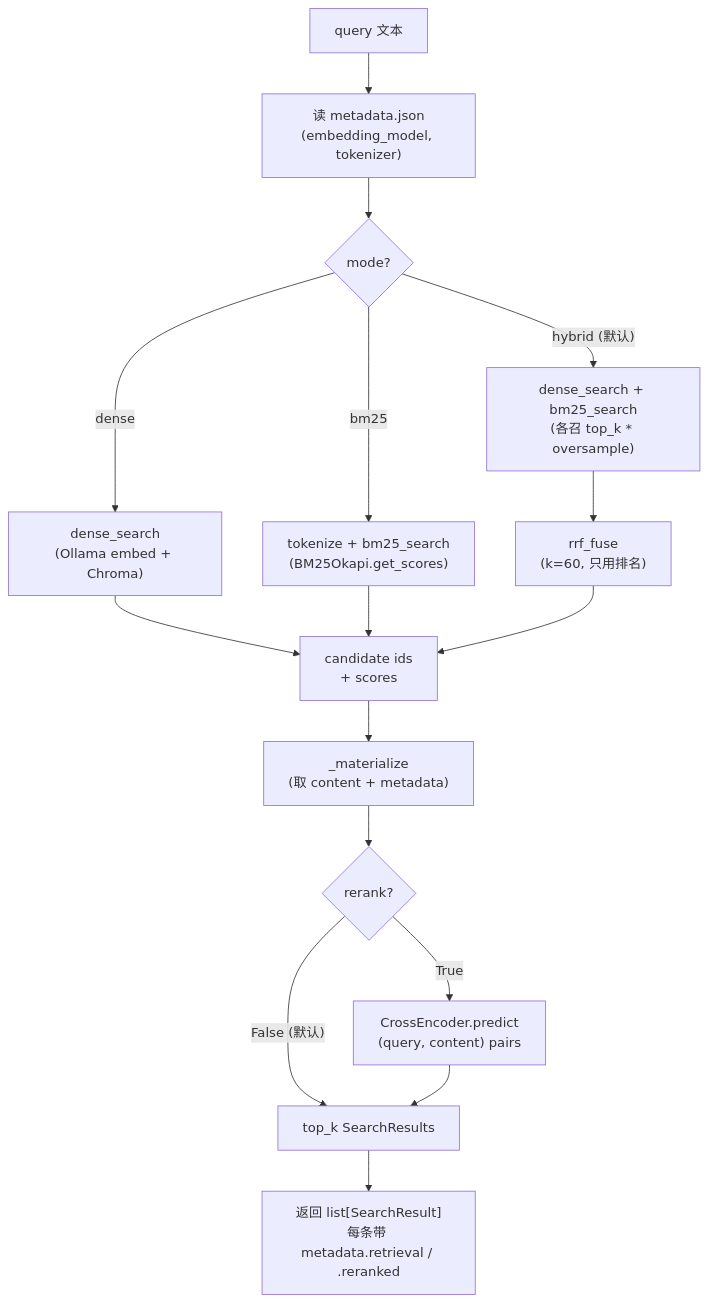
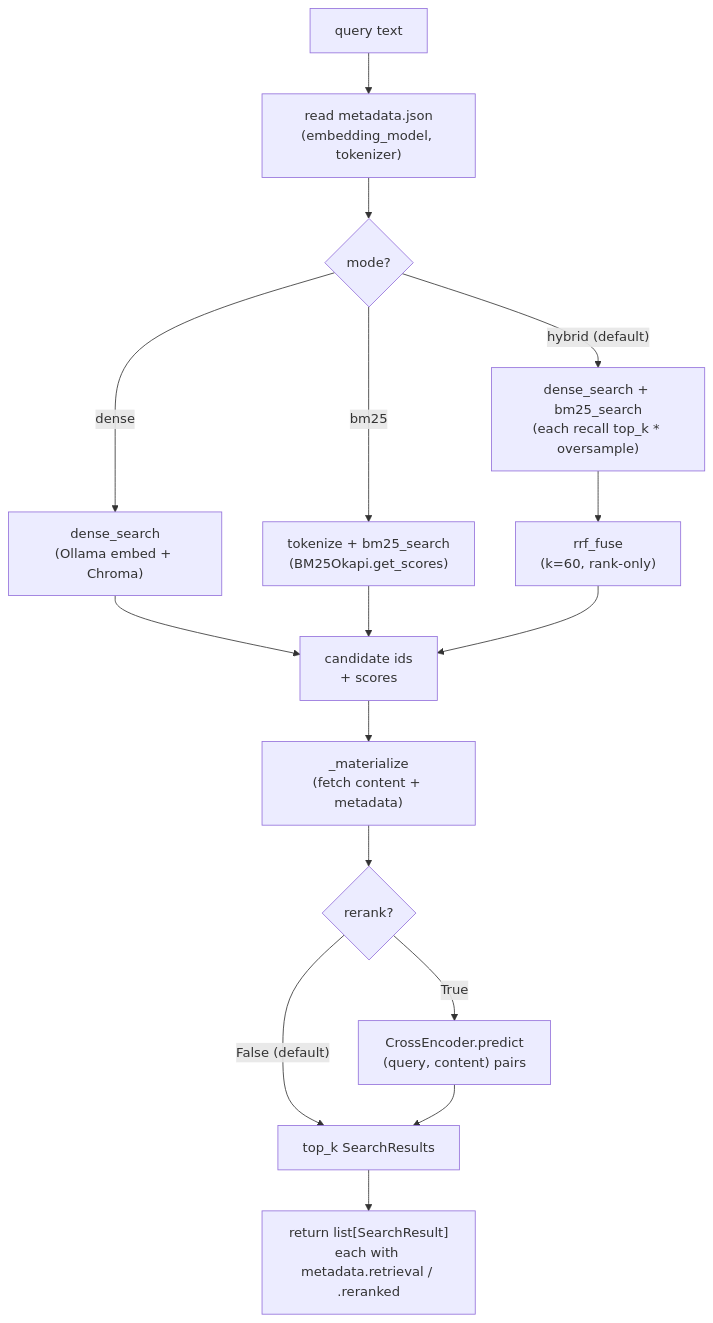
Before and after one commit to AndyUneducated/alchemy: the third of 3 diagrams in play/rag/README.md, drawn with Mermaid. The commit also changed other lines of this file and 197 other files, not shown here.

````diff
--- a/play/rag/README.md
+++ b/play/rag/README.md
@@ -72,24 +72,24 @@
 ```mermaid
 flowchart TB
-    q["query 文本"] --> meta_read["读 metadata.json<br/>(embedding_model, tokenizer)"]
+    q["query text"] --> meta_read["read metadata.json<br/>(embedding_model, tokenizer)"]
     meta_read --> dispatch{"mode?"}
 
     dispatch -->|dense| dense["dense_search<br/>(Ollama embed + Chroma)"]
     dispatch -->|bm25| bm25Path["tokenize + bm25_search<br/>(BM25Okapi.get_scores)"]
-    dispatch -->|"hybrid (默认)"| dual["dense_search + bm25_search<br/>(各召 top_k * oversample)"]
+    dispatch -->|"hybrid (default)"| dual["dense_search + bm25_search<br/>(each recall top_k * oversample)"]
 
-    dual --> rrf["rrf_fuse<br/>(k=60, 只用排名)"]
+    dual --> rrf["rrf_fuse<br/>(k=60, rank-only)"]
 
     dense --> pool["candidate ids<br/>+ scores"]
     bm25Path --> pool
     rrf --> pool
 
-    pool --> mat["_materialize<br/>(取 content + metadata)"]
+    pool --> mat["_materialize<br/>(fetch content + metadata)"]
     mat --> rerankBranch{"rerank?"}
 
-    rerankBranch -->|"False (默认)"| hits["top_k SearchResults"]
+    rerankBranch -->|"False (default)"| hits["top_k SearchResults"]
     rerankBranch -->|True| ce["CrossEncoder.predict<br/>(query, content) pairs"]
     ce --> hits
 
-    hits --> ret["返回 list[SearchResult]<br/>每条带 metadata.retrieval / .reranked"]
+    hits --> ret["return list[SearchResult]<br/>each with metadata.retrieval / .reranked"]
 ```
````
